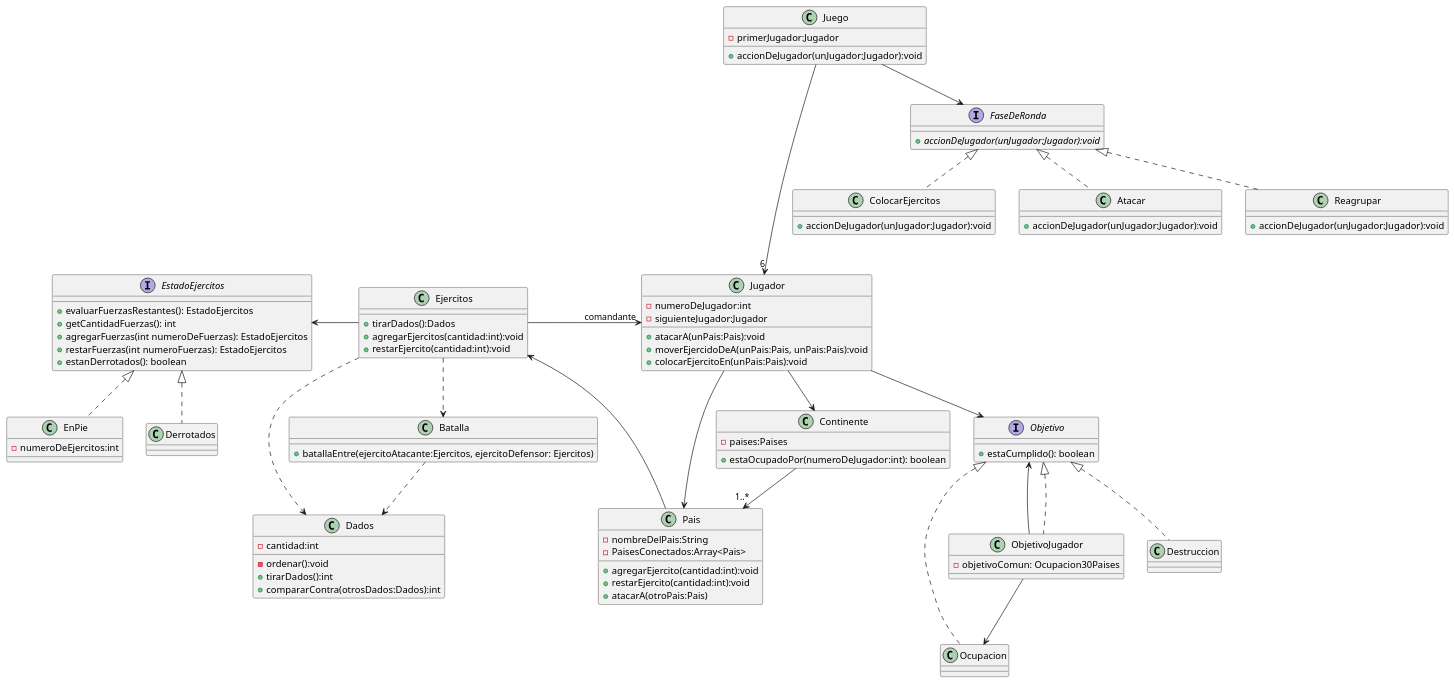
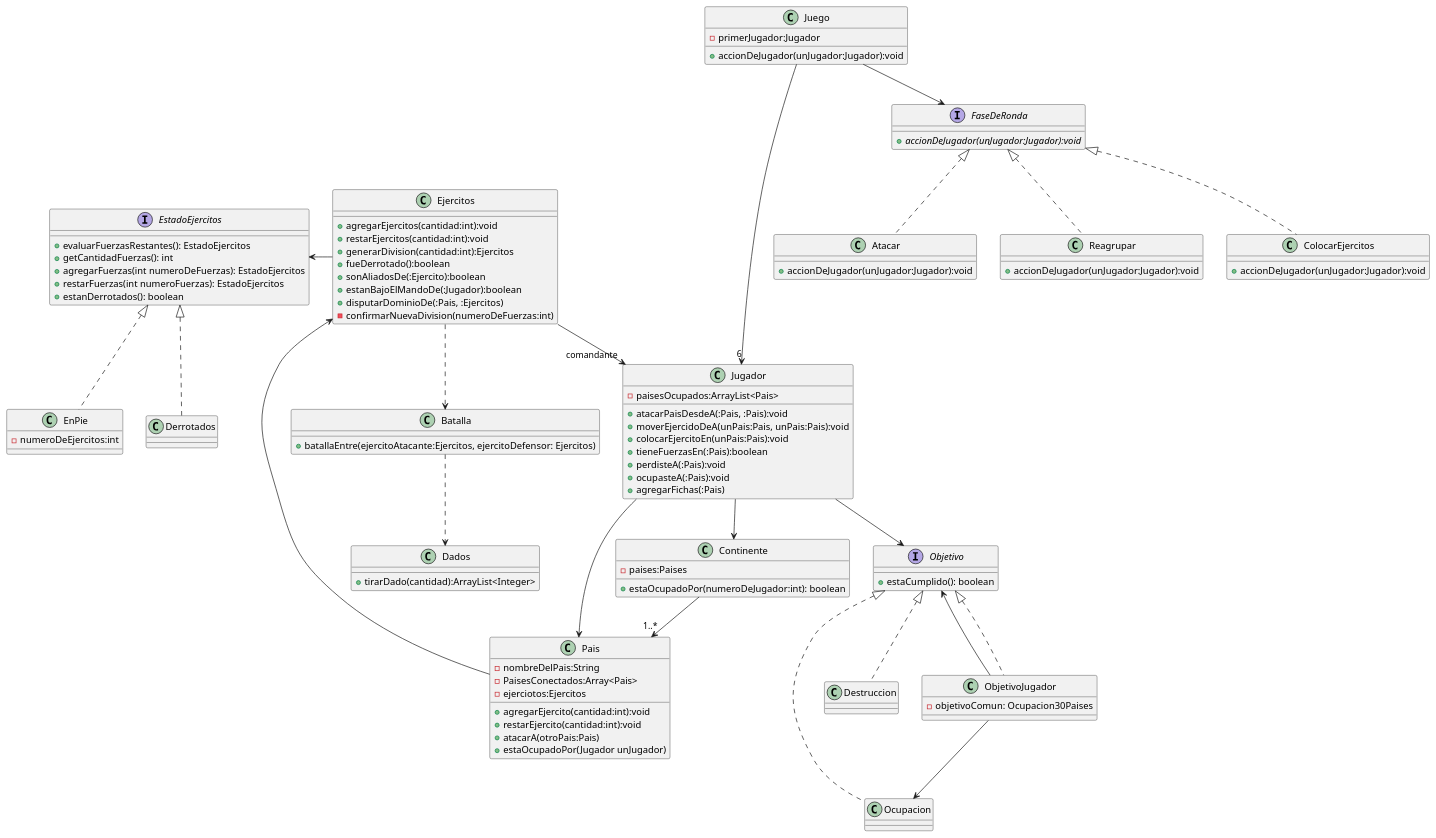
Before and after one commit to julia-valdo/Algoritmos-3.TP2: the diagram in Diagramas/Classes.puml, drawn with PlantUML. The commit also changed 1 other file, not shown here.

Commit message:
cambio en los diagramas
cambios en los diagramas para que sigan la implementacion

```diff
--- a/Diagramas/Classes.puml
+++ b/Diagramas/Classes.puml
@@ -1,120 +1,125 @@
 @startuml
 'https://plantuml.com/class-diagram
 
 class Juego{
 -primerJugador:Jugador
 +accionDeJugador(unJugador:Jugador):void
 }
 
 class Jugador{
--numeroDeJugador:int
--siguienteJugador:Jugador
-+atacarA(unPais:Pais):void
+-paisesOcupados:ArrayList<Pais>
++atacarPaisDesdeA(:Pais, :Pais):void
 +moverEjercidoDeA(unPais:Pais, unPais:Pais):void
 +colocarEjercitoEn(unPais:Pais):void
++tieneFuerzasEn(:Pais):boolean
++perdisteA(:Pais):void
++ocupasteA(:Pais):void
++agregarFichas(:Pais)
 }
 
 class Ejercitos{
-
-+tirarDados():Dados
 +agregarEjercitos(cantidad:int):void
-+restarEjercito(cantidad:int):void
++restarEjercitos(cantidad:int):void
++generarDivision(cantidad:int):Ejercitos
++fueDerrotado():boolean
++sonAliadosDe(:Ejercito):boolean
++estanBajoElMandoDe(:Jugador):boolean
++disputarDominioDe(:Pais, :Ejercitos)
+-confirmarNuevaDivision(numeroDeFuerzas:int)
 }
 
 interface EstadoEjercitos{
-
  + evaluarFuerzasRestantes(): EstadoEjercitos
  + getCantidadFuerzas(): int
  + agregarFuerzas(int numeroDeFuerzas): EstadoEjercitos
  + restarFuerzas(int numeroFuerzas): EstadoEjercitos
  + estanDerrotados(): boolean
 }
 
 class EnPie{
 -numeroDeEjercitos:int
 }
 class Derrotados{
 }
 
 class Pais{
 -nombreDelPais:String
 -PaisesConectados:Array<Pais>
+-ejerciotos:Ejercitos
 +agregarEjercito(cantidad:int):void
 +restarEjercito(cantidad:int):void
 +atacarA(otroPais:Pais)
++estaOcupadoPor(Jugador unJugador)
 }
 
 
 class ObjetivoJugador{
 -objetivoComun: Ocupacion30Paises
 }
 
 class Dados{
--cantidad:int
--ordenar():void
-+tirarDados():int
-+compararContra(otrosDados:Dados):int
++tirarDado(cantidad):ArrayList<Integer>
 }
 
 class Continente{
 -paises:Paises
 + estaOcupadoPor(numeroDeJugador:int): boolean
 }
 
 interface FaseDeRonda{
 +{abstract} accionDeJugador(unJugador:Jugador):void
 }
 
 interface Objetivo{
 + estaCumplido(): boolean
 }
 
 
 class Atacar{
 +accionDeJugador(unJugador:Jugador):void
 }
 
 class Reagrupar{
 +accionDeJugador(unJugador:Jugador):void
 }
 
 class ColocarEjercitos{
 +accionDeJugador(unJugador:Jugador):void
 }
 
 class Batalla{
 +batallaEntre(ejercitoAtacante:Ejercitos, ejercitoDefensor: Ejercitos)
 }
 
 Juego ---->"6" Jugador
 Juego --> FaseDeRonda
 
 FaseDeRonda <|.. Atacar
 FaseDeRonda <|.. Reagrupar
 FaseDeRonda <|.. ColocarEjercitos
 
 
 Jugador --> Pais
 Jugador --> Objetivo
 Jugador --> Continente
 
 Pais --> Ejercitos
 
 Objetivo <|.. Ocupacion
 Objetivo <|.. Destruccion
 Objetivo <-- ObjetivoJugador
 Objetivo <|.. ObjetivoJugador
 
 ObjetivoJugador --> Ocupacion
 
 Ejercitos ..> Batalla
-Ejercitos ..> Dados
-Ejercitos -> "comandante" Jugador
+Ejercitos --> "comandante" Jugador
 EstadoEjercitos <- Ejercitos
 EstadoEjercitos <|.. EnPie
 EstadoEjercitos <|.. Derrotados
+
 Batalla ..> Dados
 
 Continente --> "1..*" Pais
 
 @enduml
```
